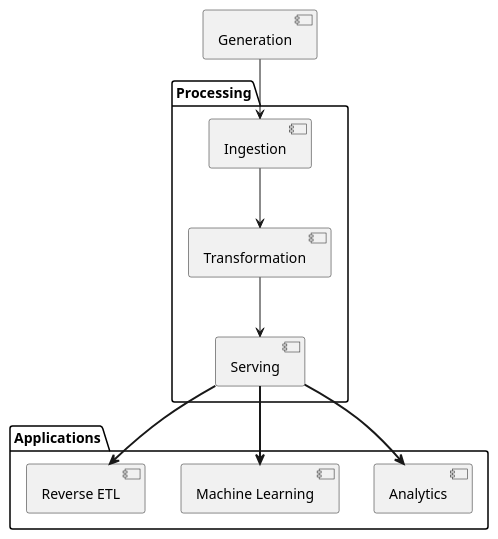
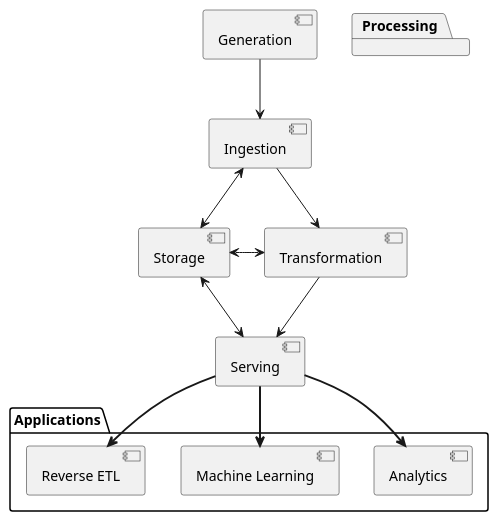
One commit to rajp152k/buffer changed the diagram in Content/20230717135201-data_engineering.org. Above: the diagram before and after it, drawn with PlantUML. The commit also changed other lines of this file and 1 other file, not shown here.

```diff
--- a/Content/20230717135201-data_engineering.org
+++ b/Content/20230717135201-data_engineering.org
@@ -21,21 +21,25 @@
 #+begin_src plantuml :file ./images/data-eng-lifecycle.png :exports both
 @startuml
+[Ingestion] <-> [Storage]
+[Storage] <-> [Transformation]
+[Storage] <-> [Serving]
+
 package Processing {
         [Ingestion] --> [Transformation]
         [Transformation]  --> [Serving]
 }
 
 [Generation] --> [Ingestion]
 
 package Applications {
 [Analytics]
 [Machine Learning]
 [Reverse ETL]
 }
 
 Serving ==> [Analytics]
 Serving ==> [Machine Learning]
 Serving ==> [Reverse ETL]
 
 @enduml
 #+end_src
```
